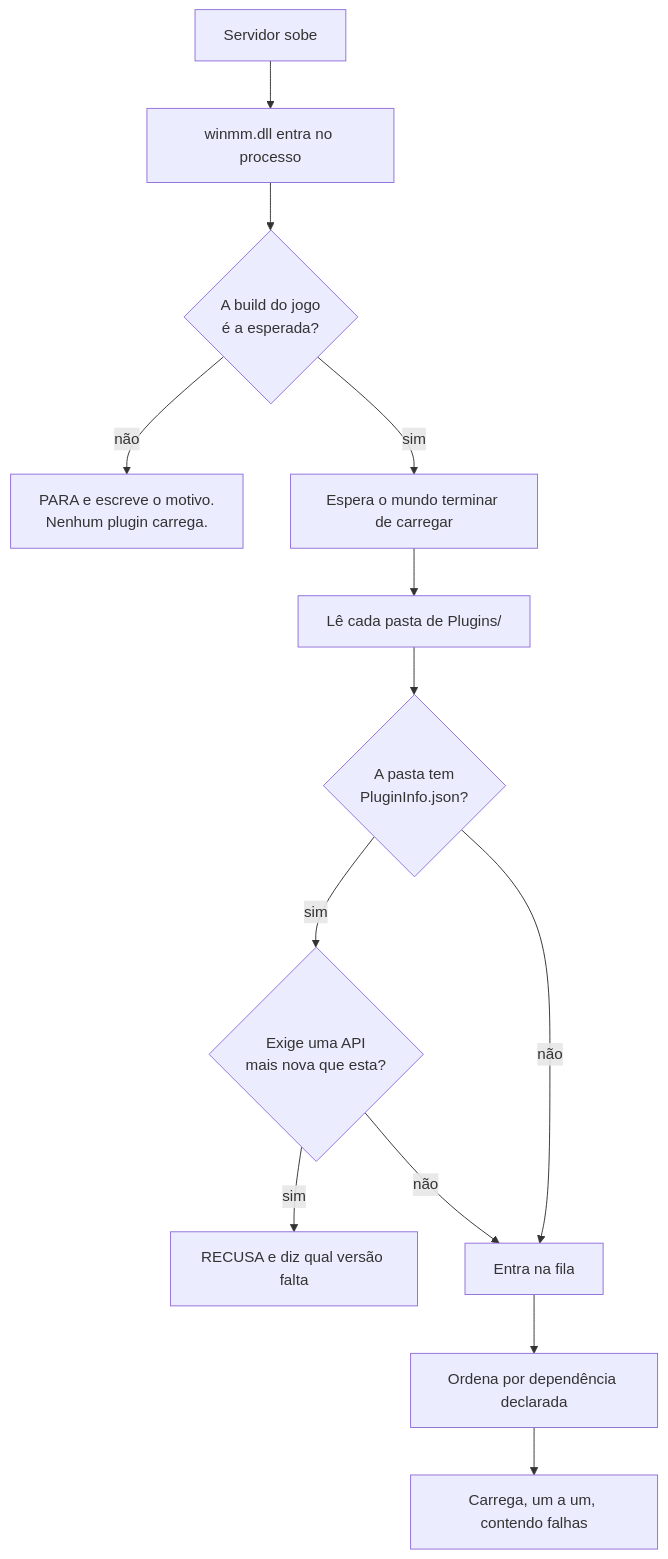
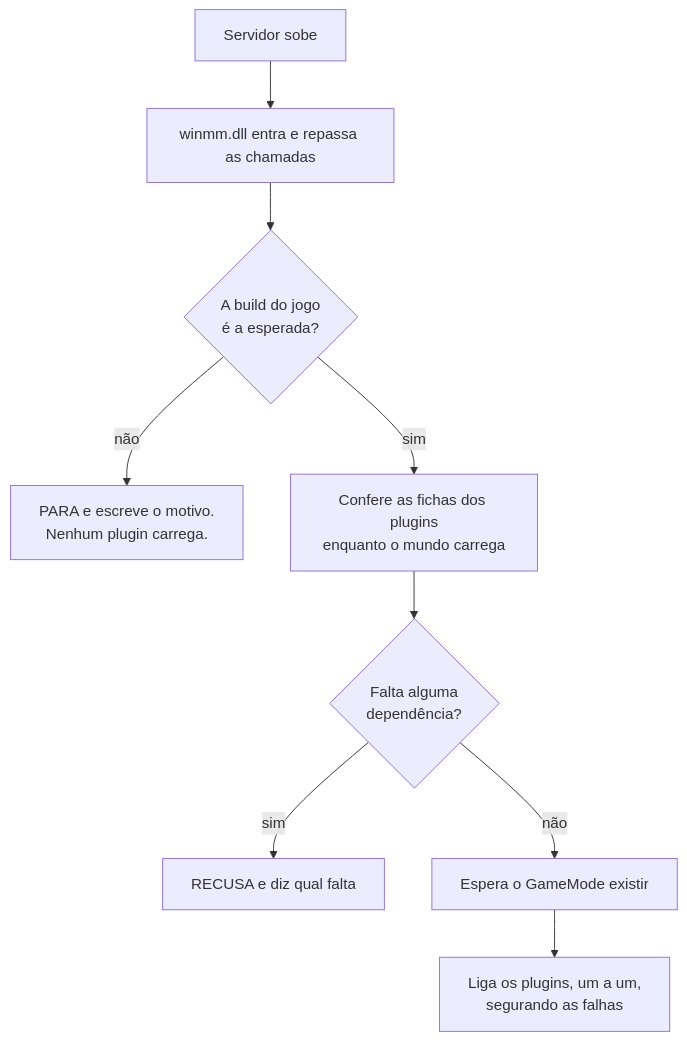
Before and after one commit to andrew-mauricio/Conan-Api: the diagram in README.md, drawn with Mermaid. The commit also changed other lines of this file, not shown here.

First line of the commit message:
README: linguagem mais humana, e o que estava desatualizado

````diff
--- a/README.md
+++ b/README.md
@@ -106,15 +151,11 @@
 ```mermaid
 flowchart TD
-    A[Servidor sobe] --> B[winmm.dll entra no processo]
+    A[Servidor sobe] --> B[winmm.dll entra e repassa as chamadas]
     B --> C{A build do jogo<br/>é a esperada?}
     C -->|não| D[PARA e escreve o motivo.<br/>Nenhum plugin carrega.]
-    C -->|sim| E[Espera o mundo terminar de carregar]
-    E --> F[Lê cada pasta de Plugins/]
-    F --> G{A pasta tem<br/>PluginInfo.json?}
-    G -->|sim| H{Exige uma API<br/>mais nova que esta?}
-    H -->|sim| I[RECUSA e diz qual versão falta]
-    H -->|não| J[Entra na fila]
-    G -->|não| J
-    J --> K[Ordena por dependência declarada]
-    K --> L[Carrega, um a um, contendo falhas]
+    C -->|sim| E[Confere as fichas dos plugins<br/>enquanto o mundo carrega]
+    E --> F{Falta alguma<br/>dependência?}
+    F -->|sim| G[RECUSA e diz qual falta]
+    F -->|não| H[Espera o GameMode existir]
+    H --> I[Liga os plugins, um a um,<br/>segurando as falhas]
 ```
````
